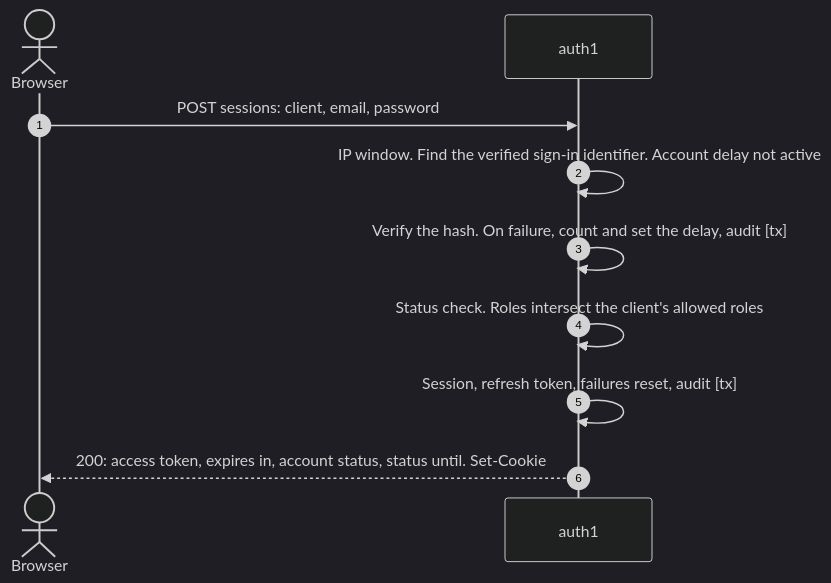
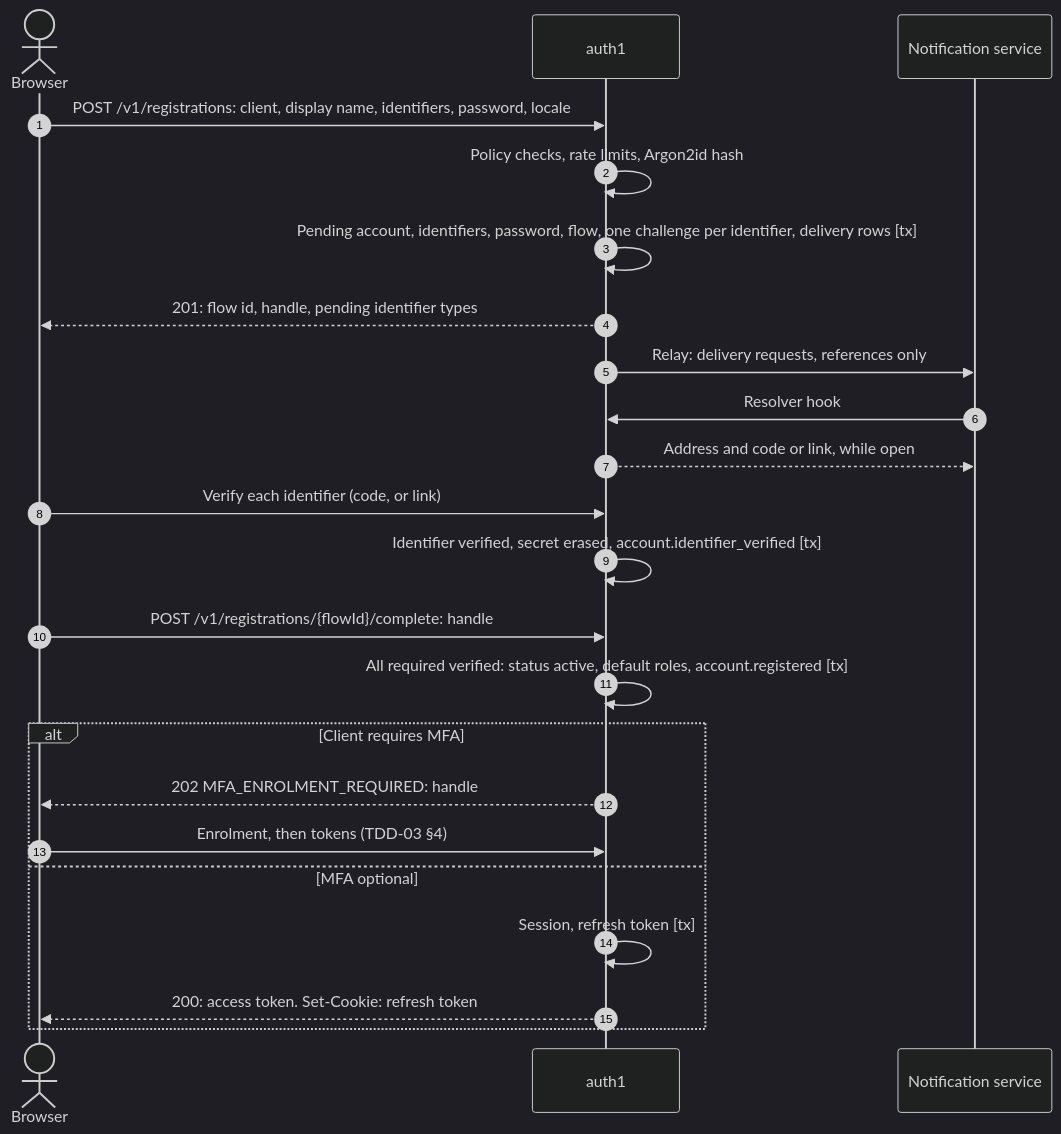
Before and after one commit to arafat-hasan/auth1: the sixth of 8 diagrams in docs/design.md, drawn with Mermaid (dark theme). The commit also changed other lines of this file and 14 other files, not shown here.

````diff
--- a/docs/design.md
+++ b/docs/design.md
@@ -803,12 +908,25 @@
 ```mermaid
 sequenceDiagram
   autonumber
   actor B as Browser
   participant A as auth1
-  B->>A: POST sessions: client, email, password
-  A->>A: IP window. Find the verified sign-in identifier. Account delay not active
-  A->>A: Verify the hash. On failure, count and set the delay, audit [tx]
-  A->>A: Status check. Roles intersect the client's allowed roles
-  A->>A: Session, refresh token, failures reset, audit [tx]
-  A-->>B: 200: access token, expires in, account status, status until. Set-Cookie
+  participant N as Notification service
+  B->>A: POST /v1/registrations: client, display name, identifiers, password, locale
+  A->>A: Policy checks, rate limits, Argon2id hash
+  A->>A: Pending account, identifiers, password, flow, one challenge per identifier, delivery rows [tx]
+  A-->>B: 201: flow id, handle, pending identifier types
+  A->>N: Relay: delivery requests, references only
+  N->>A: Resolver hook
+  A-->>N: Address and code or link, while open
+  B->>A: Verify each identifier (code, or link)
+  A->>A: Identifier verified, secret erased, account.identifier_verified [tx]
+  B->>A: POST /v1/registrations/{flowId}/complete: handle
+  A->>A: All required verified: status active, default roles, account.registered [tx]
+  alt Client requires MFA
+    A-->>B: 202 MFA_ENROLMENT_REQUIRED: handle
+    B->>A: Enrolment, then tokens (TDD-03 §4)
+  else MFA optional
+    A->>A: Session, refresh token [tx]
+    A-->>B: 200: access token. Set-Cookie: refresh token
+  end
 ```
````
